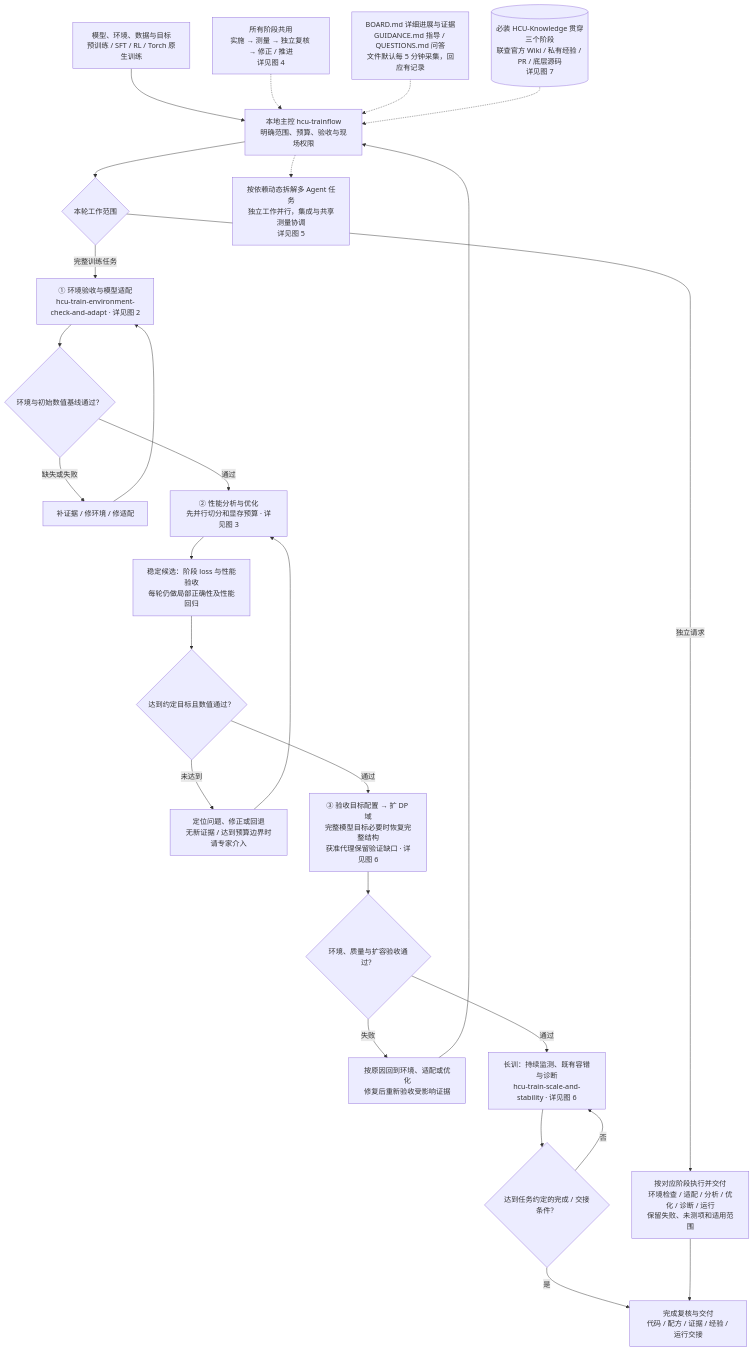
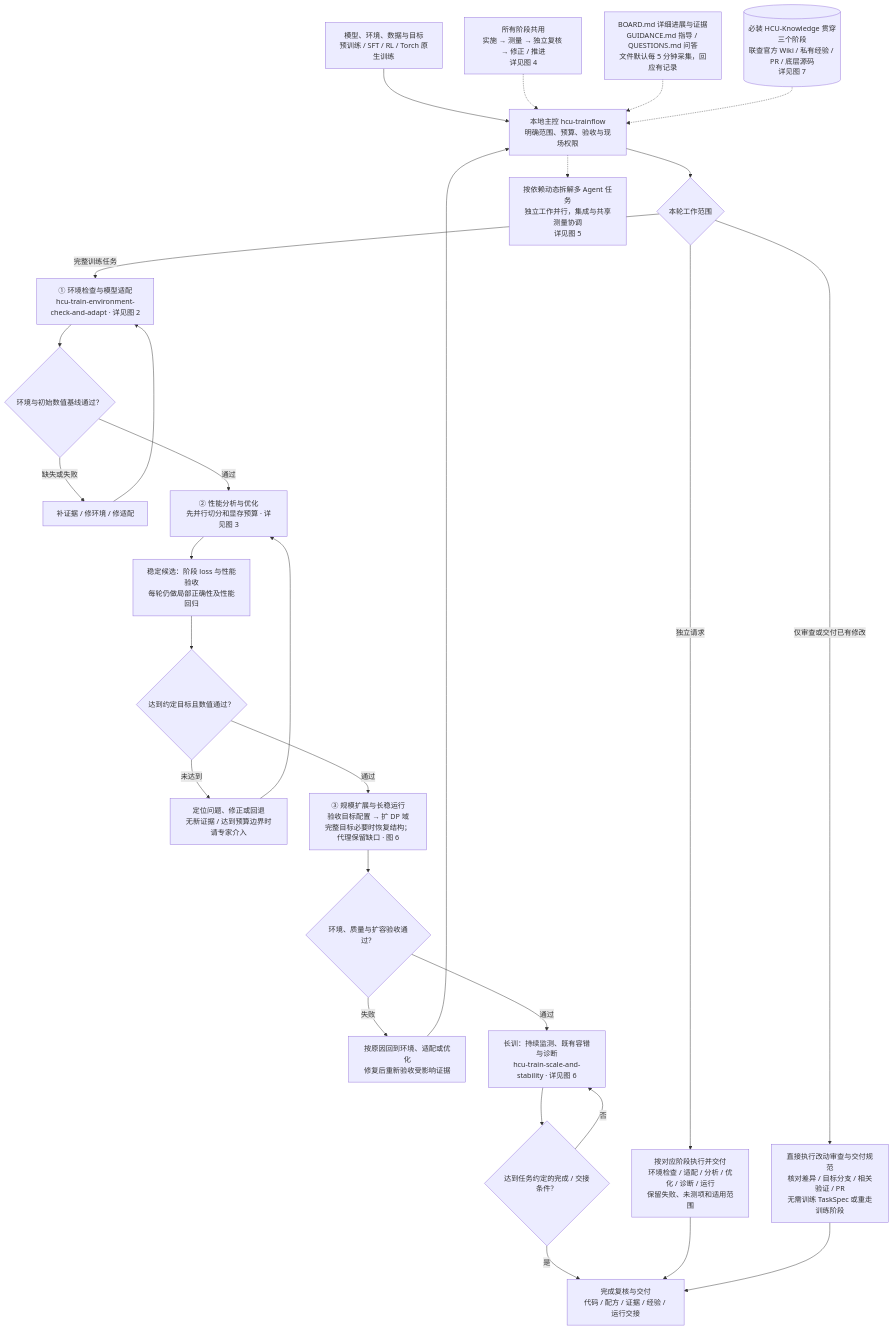
One commit to yuguo-Jack/HCU-TrainFlow changed the first of 13 diagrams in docs/workflow-map.md. Above: the diagram before and after it, drawn with Mermaid. The commit also changed other lines of this file and 15 other files, not shown here.

Commit message:
Refresh workflow diagrams and project introductions for current mainline

````diff
--- a/docs/workflow-map.md
+++ b/docs/workflow-map.md
@@ -11,28 +11,30 @@
 ```mermaid
 flowchart TD
     U["模型、环境、数据与目标<br/>预训练 / SFT / RL / Torch 原生训练"] --> C["本地主控 hcu-trainflow<br/>明确范围、预算、验收与现场权限"]
     C --> SCOPE{"本轮工作范围"}
-    SCOPE -->|完整训练任务| A["① 环境验收与模型适配<br/>hcu-train-environment-check-and-adapt · 详见图 2"]
+    SCOPE -->|完整训练任务| A["① 环境检查与模型适配<br/>hcu-train-environment-check-and-adapt · 详见图 2"]
     SCOPE -->|独立请求| PART["按对应阶段执行并交付<br/>环境检查 / 适配 / 分析 / 优化 / 诊断 / 运行<br/>保留失败、未测项和适用范围"]
+    SCOPE -->|仅审查或交付已有修改| DELIVER["直接执行改动审查与交付规范<br/>核对差异 / 目标分支 / 相关验证 / PR<br/>无需训练 TaskSpec 或重走训练阶段"]
     A --> AG{"环境与初始数值基线通过？"}
     AG -->|缺失或失败| AR["补证据 / 修环境 / 修适配"]
     AR --> A
     AG -->|通过| O["② 性能分析与优化<br/>先并行切分和显存预算 · 详见图 3"]
     O --> Q["稳定候选：阶段 loss 与性能验收<br/>每轮仍做局部正确性及性能回归"]
     Q --> QG{"达到约定目标且数值通过？"}
     QG -->|未达到| OR["定位问题、修正或回退<br/>无新证据 / 达到预算边界时请专家介入"]
     OR --> O
-    QG -->|通过| S["③ 验收目标配置 → 扩 DP 域<br/>完整模型目标必要时恢复完整结构<br/>获准代理保留验证缺口 · 详见图 6"]
+    QG -->|通过| S["③ 规模扩展与长稳运行<br/>验收目标配置 → 扩 DP 域<br/>完整目标必要时恢复结构；代理保留缺口 · 图 6"]
     S --> SG{"环境、质量与扩容验收通过？"}
     SG -->|失败| SR["按原因回到环境、适配或优化<br/>修复后重新验收受影响证据"]
     SR --> C
     SG -->|通过| T["长训：持续监测、既有容错与诊断<br/>hcu-train-scale-and-stability · 详见图 6"]
     T --> TG{"达到任务约定的完成 / 交接条件？"}
     TG -->|否| T
     TG -->|是| Z["完成复核与交付<br/>代码 / 配方 / 证据 / 经验 / 运行交接"]
     PART --> Z
+    DELIVER --> Z
     LOOP["所有阶段共用<br/>实施 → 测量 → 独立复核 → 修正 / 推进<br/>详见图 4"] -.-> C
     H["BOARD.md 详细进展与证据<br/>GUIDANCE.md 指导 / QUESTIONS.md 问答<br/>文件默认每 5 分钟采集，回应有记录"] -.-> C
     K[("必装 HCU-Knowledge 贯穿三个阶段<br/>联查官方 Wiki / 私有经验 / PR / 底层源码<br/>详见图 7")] -.-> C
     C -.-> TEAM["按依赖动态拆解多 Agent 任务<br/>独立工作并行，集成与共享测量协调<br/>详见图 5"]
 ```
````
